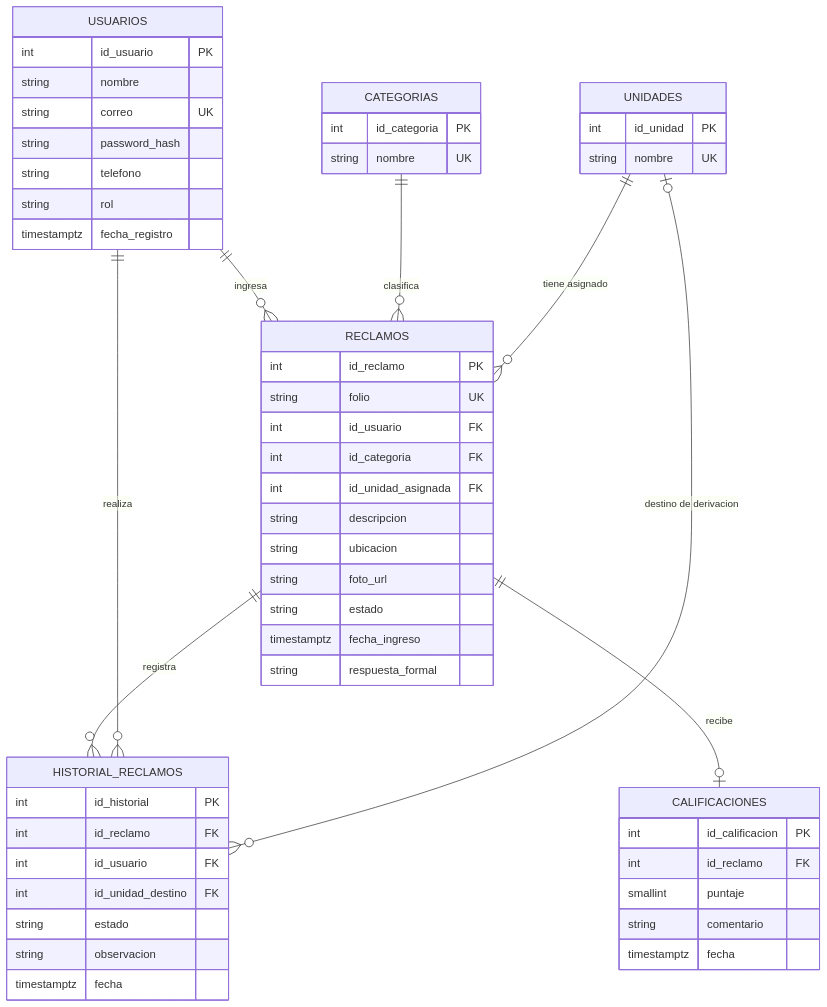
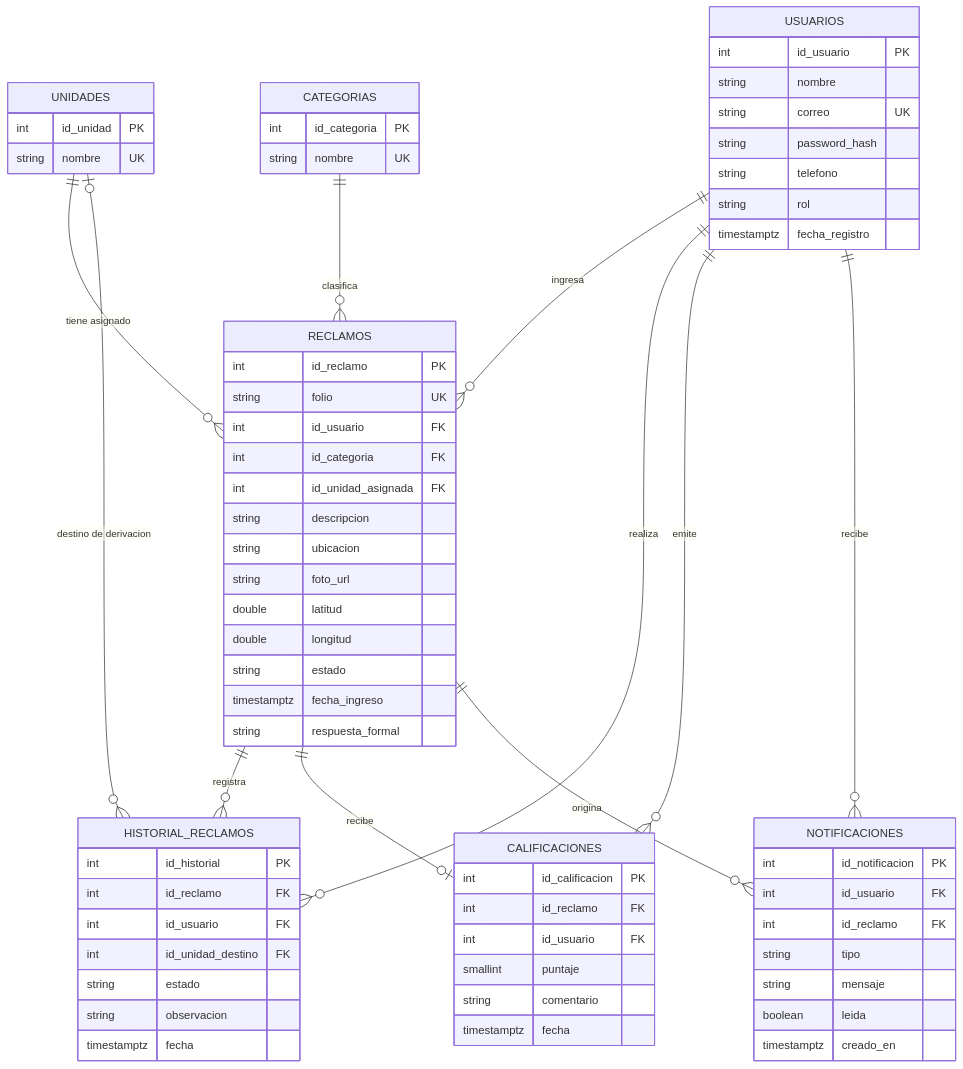
Before and after one commit to sebagarayn/MiSantoDomingo: the second of 2 diagrams in README.md, drawn with Mermaid. The commit also changed other lines of this file, not shown here.

````diff
--- a/README.md
+++ b/README.md
@@ -292,57 +284,72 @@
 ```mermaid
 erDiagram
     USUARIOS ||--o{ RECLAMOS : ingresa
     CATEGORIAS ||--o{ RECLAMOS : clasifica
     UNIDADES ||--o{ RECLAMOS : "tiene asignado"
     RECLAMOS ||--o{ HISTORIAL_RECLAMOS : registra
     USUARIOS ||--o{ HISTORIAL_RECLAMOS : realiza
     UNIDADES |o--o{ HISTORIAL_RECLAMOS : "destino de derivacion"
     RECLAMOS ||--o| CALIFICACIONES : recibe
+    USUARIOS ||--o{ CALIFICACIONES : emite
+    USUARIOS ||--o{ NOTIFICACIONES : recibe
+    RECLAMOS ||--o{ NOTIFICACIONES : origina
 
     USUARIOS {
         int id_usuario PK
         string nombre
         string correo UK
         string password_hash
         string telefono
         string rol
         timestamptz fecha_registro
     }
     CATEGORIAS {
         int id_categoria PK
         string nombre UK
     }
     UNIDADES {
         int id_unidad PK
         string nombre UK
     }
     RECLAMOS {
         int id_reclamo PK
         string folio UK
         int id_usuario FK
         int id_categoria FK
         int id_unidad_asignada FK
         string descripcion
         string ubicacion
         string foto_url
+        double latitud
+        double longitud
         string estado
         timestamptz fecha_ingreso
         string respuesta_formal
     }
     HISTORIAL_RECLAMOS {
         int id_historial PK
         int id_reclamo FK
         int id_usuario FK
         int id_unidad_destino FK
         string estado
         string observacion
         timestamptz fecha
     }
     CALIFICACIONES {
         int id_calificacion PK
         int id_reclamo FK
+        int id_usuario FK
         smallint puntaje
         string comentario
         timestamptz fecha
     }
+    NOTIFICACIONES {
+        int id_notificacion PK
+        int id_usuario FK
+        int id_reclamo FK
+        string tipo
+        string mensaje
+        boolean leida
+        timestamptz creado_en
+    }
 ```
````
